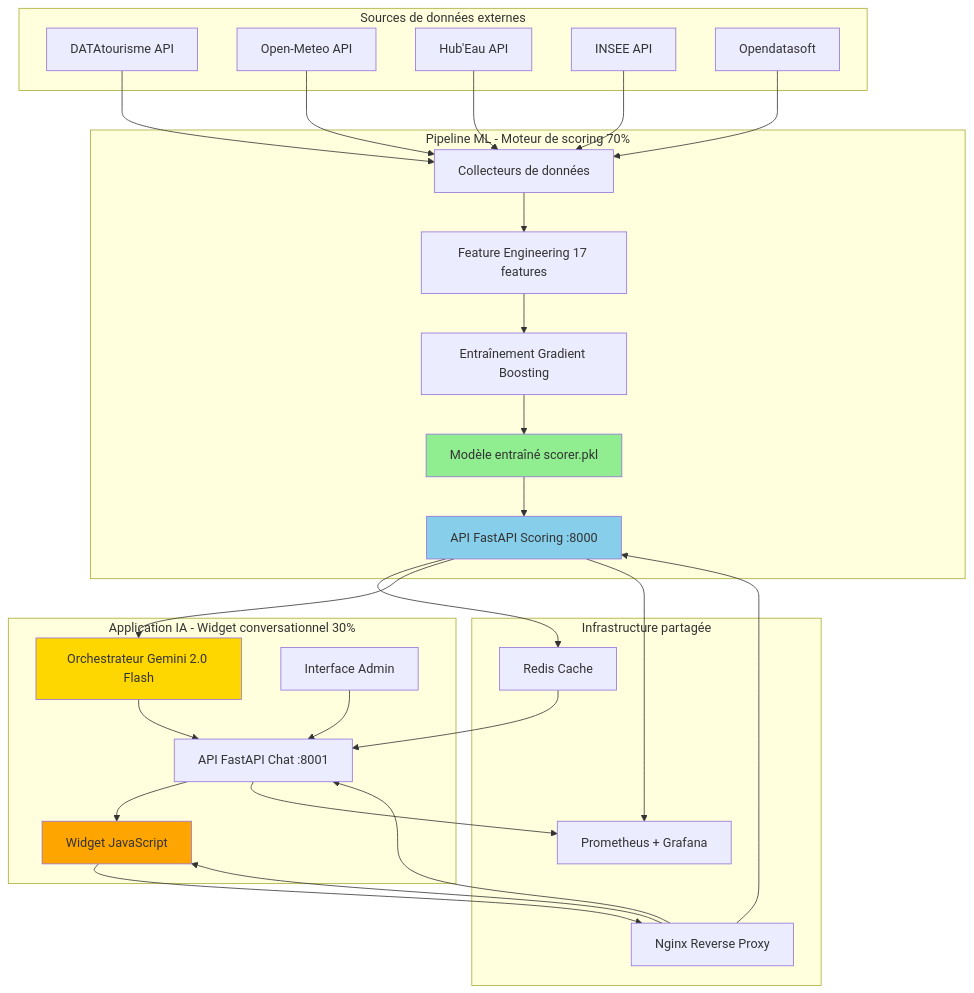
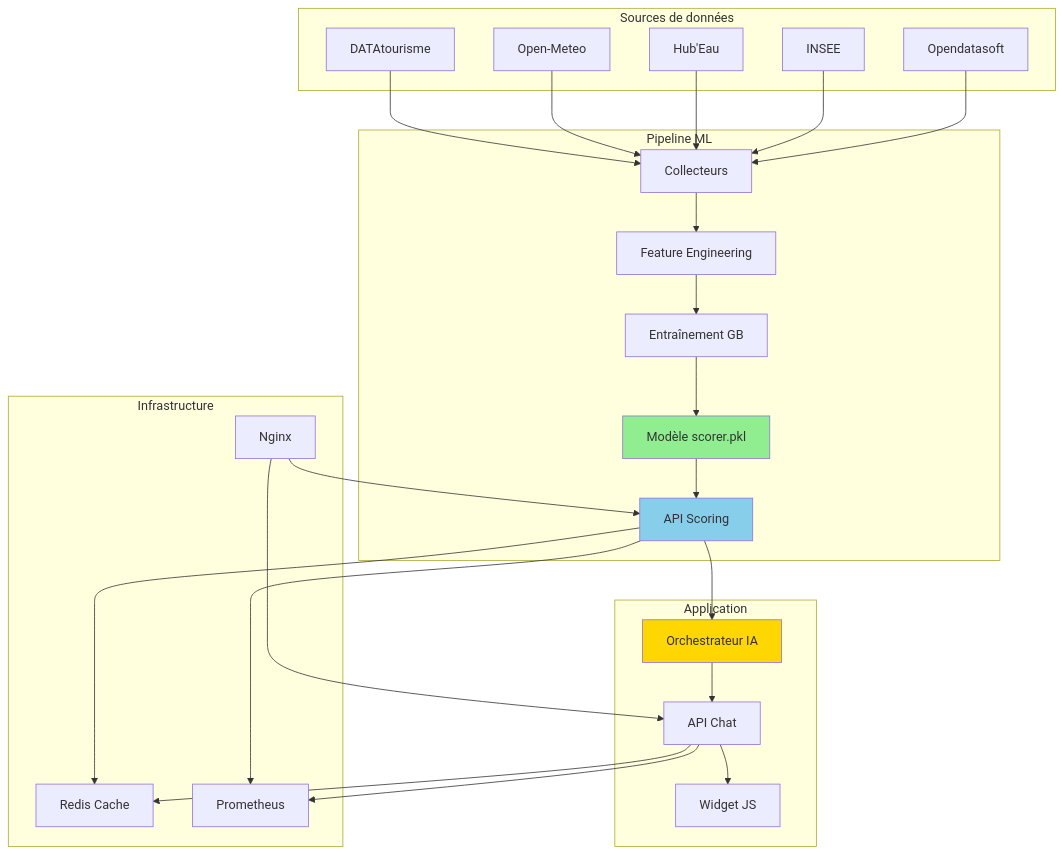
One commit to Aguern/alpine-guide-ML changed the diagram in README.md. Above: the diagram before and after it, drawn with Mermaid. The commit also changed other lines of this file, not shown here.

````diff
--- a/README.md
+++ b/README.md
@@ -63,63 +38,56 @@
 ```mermaid
 graph TB
-    subgraph "Sources de données externes"
-        A1[DATAtourisme API]
-        A2[Open-Meteo API]
-        A3[Hub'Eau API]
-        A4[INSEE API]
+    subgraph sources ["Sources de données"]
+        A1[DATAtourisme]
+        A2[Open-Meteo]
+        A3[Hub'Eau]
+        A4[INSEE]
         A5[Opendatasoft]
     end
 
-    subgraph "Pipeline ML - Moteur de scoring 70%"
-        B1[Collecteurs de données]
-        B2[Feature Engineering 17 features]
-        B3[Entraînement Gradient Boosting]
-        B4[Modèle entraîné scorer.pkl]
-        B5[API FastAPI Scoring :8000]
+    subgraph ml ["Pipeline ML"]
+        B1[Collecteurs]
+        B2[Feature Engineering]
+        B3[Entraînement GB]
+        B4[Modèle scorer.pkl]
+        B5[API Scoring]
     end
 
-    subgraph "Application IA - Widget conversationnel 30%"
-        C1[Orchestrateur Gemini 2.0 Flash]
-        C2[API FastAPI Chat :8001]
-        C3[Widget JavaScript]
-        C4[Interface Admin]
+    subgraph app ["Application"]
+        C1[Orchestrateur IA]
+        C2[API Chat]
+        C3[Widget JS]
     end
 
-    subgraph "Infrastructure partagée"
+    subgraph infra ["Infrastructure"]
         D1[Redis Cache]
-        D2[Nginx Reverse Proxy]
-        D3[Prometheus + Grafana]
+        D2[Nginx]
+        D3[Prometheus]
     end
 
     A1 --> B1
     A2 --> B1
     A3 --> B1
     A4 --> B1
     A5 --> B1
 
     B1 --> B2
     B2 --> B3
     B3 --> B4
     B4 --> B5
 
-    B5 --> D1
     B5 --> C1
     C1 --> C2
     C2 --> C3
 
-    D1 --> C2
+    B5 --> D1
+    C2 --> D1
     D2 --> B5
     D2 --> C2
-    D2 --> C3
-
-    C3 --> D2
-    C4 --> C2
-
     B5 --> D3
     C2 --> D3
 
     style B4 fill:#90EE90
     style B5 fill:#87CEEB
     style C1 fill:#FFD700
-    style C3 fill:#FFA500
 ```
````
